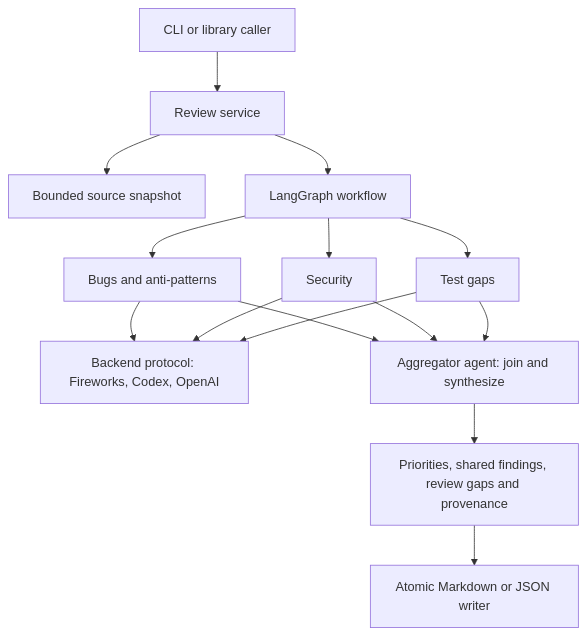
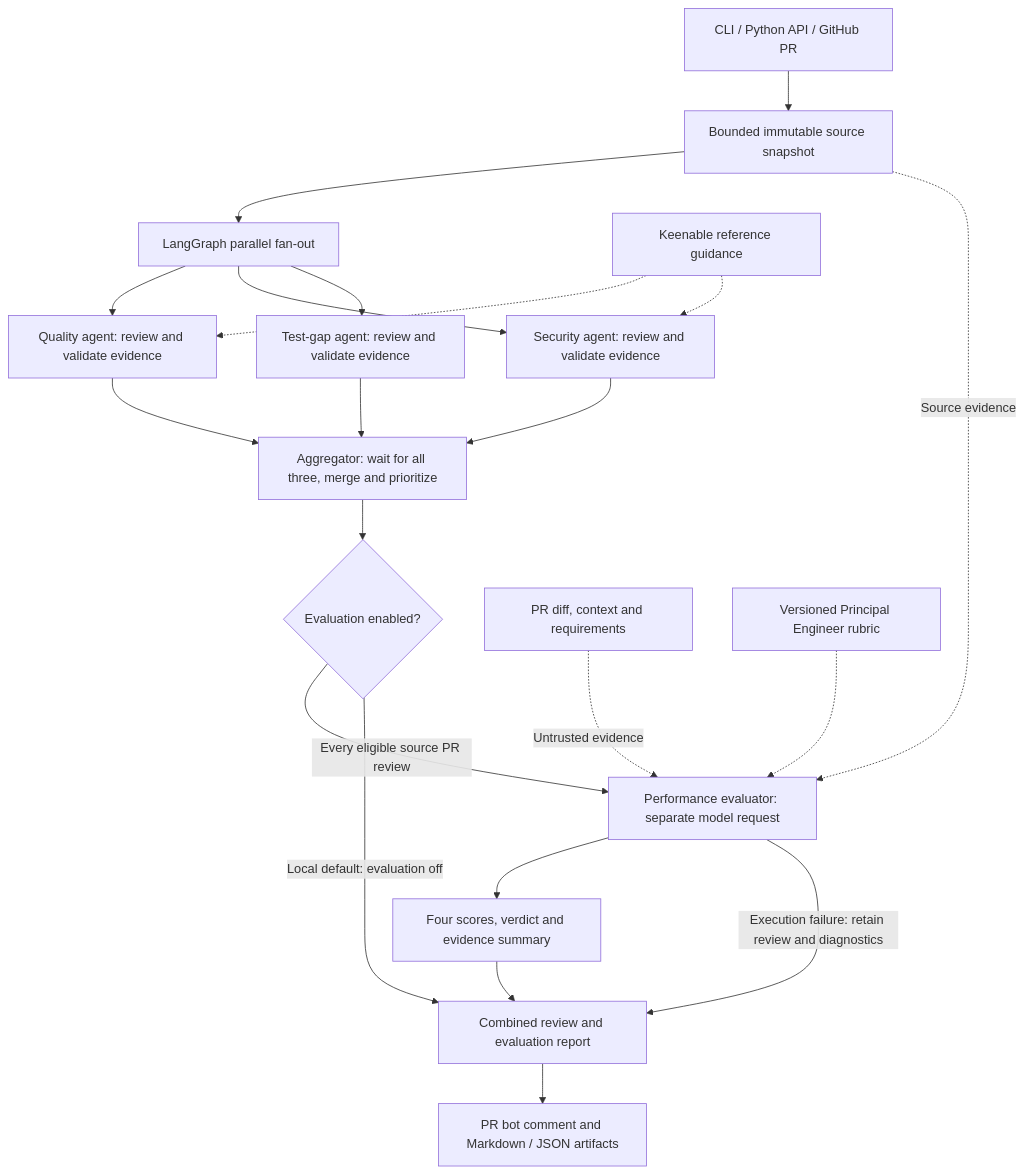
The diagram in README.md (krishnakumar2050/Week3---multi-agent--Coding-Agent), drawn with Mermaid before and after one commit. The commit also changed other lines of this file and 29 other files, not shown here.

````diff
--- a/README.md
+++ b/README.md
@@ -113,17 +119,23 @@
 ```mermaid
 flowchart TD
-    CLI[CLI or library caller] --> Service[Review service]
-    Service --> Snapshot[Bounded source snapshot]
-    Service --> Graph[LangGraph workflow]
-    Graph --> Quality[Bugs and anti-patterns]
-    Graph --> Security[Security]
-    Graph --> Tests[Test gaps]
-    Quality --> Backend[Backend protocol: Fireworks, Codex, OpenAI]
-    Security --> Backend
-    Tests --> Backend
-    Quality --> Join[Aggregator agent: join and synthesize]
-    Security --> Join
-    Tests --> Join
-    Join --> Report[Priorities, shared findings, review gaps and provenance]
-    Report --> Writer[Atomic Markdown or JSON writer]
+    Entry[CLI / Python API / GitHub PR] --> Snapshot[Bounded immutable source snapshot]
+    Snapshot --> Fanout[LangGraph parallel fan-out]
+    Fanout --> Quality[Quality agent: review and validate evidence]
+    Fanout --> Security[Security agent: review and validate evidence]
+    Fanout --> Tests[Test-gap agent: review and validate evidence]
+    Keenable[Keenable reference guidance] -.-> Quality
+    Keenable -.-> Security
+    Quality --> Aggregate[Aggregator: wait for all three, merge and prioritize]
+    Security --> Aggregate
+    Tests --> Aggregate
+    Aggregate --> Enabled{Evaluation enabled?}
+    Enabled -->|Every eligible source PR review| Judge[Performance evaluator: separate model request]
+    Snapshot -. Source evidence .-> Judge
+    Context[PR diff, context and requirements] -. Untrusted evidence .-> Judge
+    Prompt[Versioned Principal Engineer rubric] -.-> Judge
+    Judge --> Assessment[Four scores, verdict and evidence summary]
+    Assessment --> Report[Combined review and evaluation report]
+    Judge -->|Execution failure: retain review and diagnostics| Report
+    Enabled -->|Local default: evaluation off| Report
+    Report --> Publish[PR bot comment and Markdown / JSON artifacts]
 ```
````
